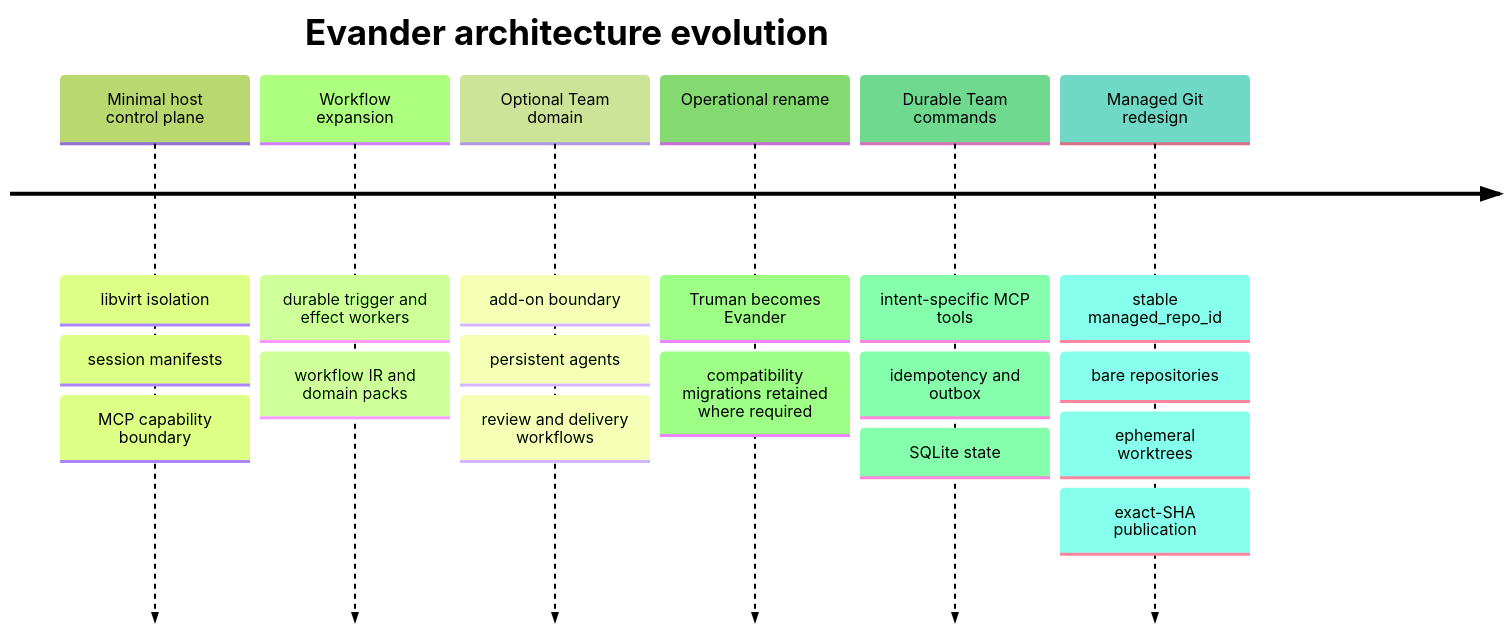
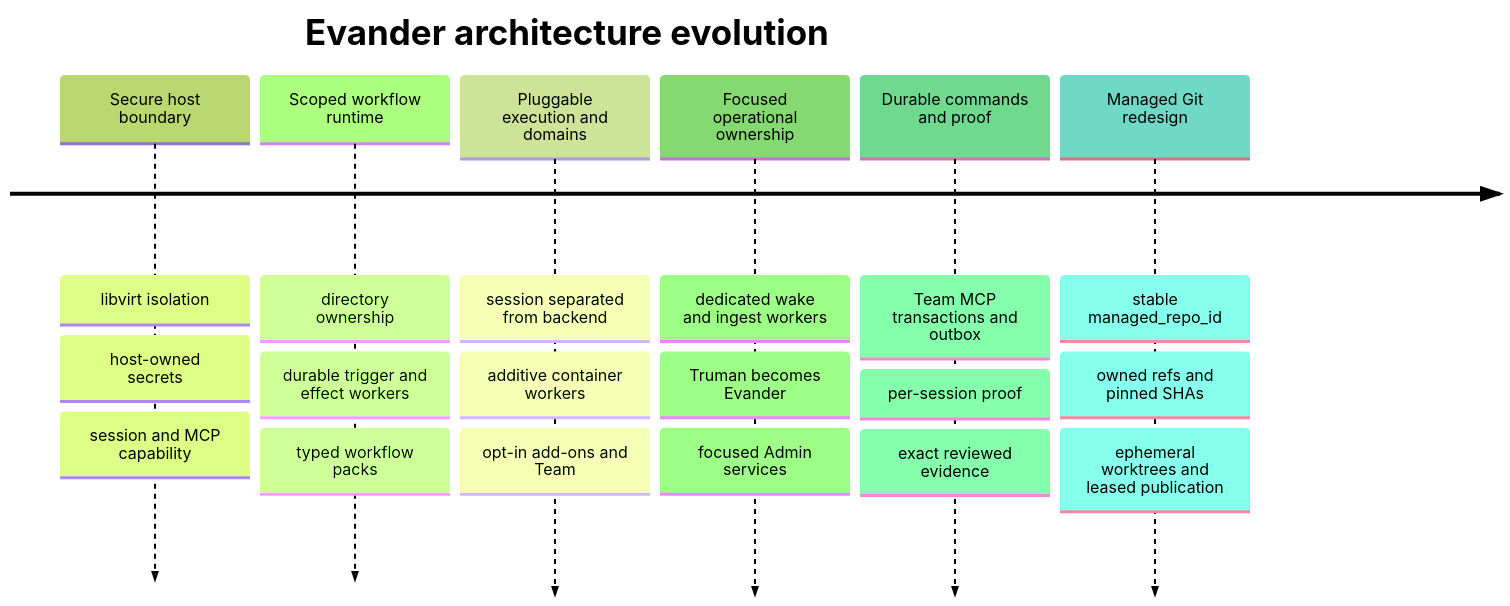
The diagram in docs/evander-user-manual/diagrams/19-design-evolution.mmd (QuinthSoftwareSolutions/evander), drawn with Mermaid (forest theme) before and after one commit. The commit also changed 7 other files, not shown here.

Commit message:
docs: expand architectural design history

```diff
--- a/docs/evander-user-manual/diagrams/19-design-evolution.mmd
+++ b/docs/evander-user-manual/diagrams/19-design-evolution.mmd
@@ -1,8 +1,8 @@
 timeline
     title Evander architecture evolution
-    Minimal host control plane : libvirt isolation : session manifests : MCP capability boundary
-    Workflow expansion : durable trigger and effect workers : workflow IR and domain packs
-    Optional Team domain : add-on boundary : persistent agents : review and delivery workflows
-    Operational rename : Truman becomes Evander : compatibility migrations retained where required
-    Durable Team commands : intent-specific MCP tools : idempotency and outbox : SQLite state
-    Managed Git redesign : stable managed_repo_id : bare repositories : ephemeral worktrees : exact-SHA publication
+    Secure host boundary : libvirt isolation : host-owned secrets : session and MCP capability
+    Scoped workflow runtime : directory ownership : durable trigger and effect workers : typed workflow packs
+    Pluggable execution and domains : session separated from backend : additive container workers : opt-in add-ons and Team
+    Focused operational ownership : dedicated wake and ingest workers : Truman becomes Evander : focused Admin services
+    Durable commands and proof : Team MCP transactions and outbox : per-session proof : exact reviewed evidence
+    Managed Git redesign : stable managed_repo_id : owned refs and pinned SHAs : ephemeral worktrees and leased publication
```
